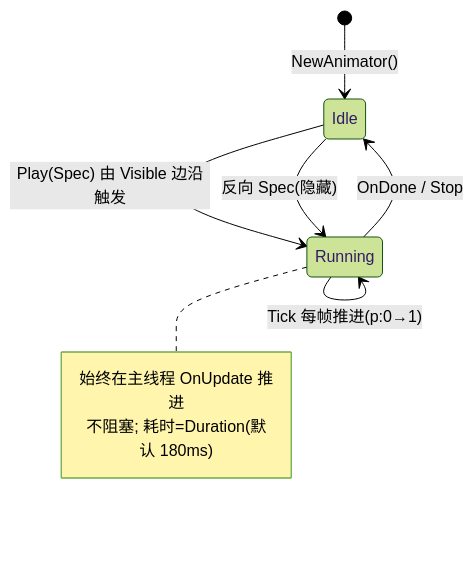
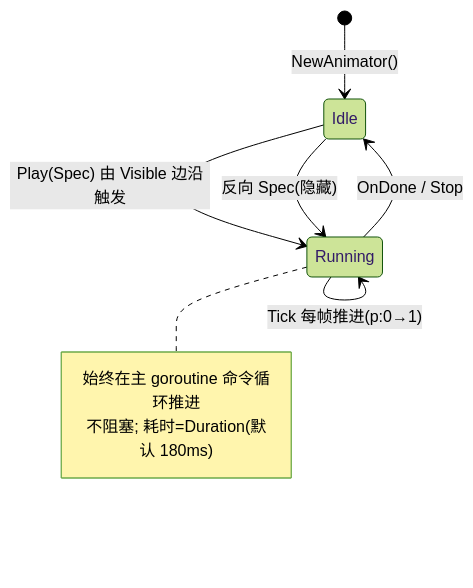
One commit to shaolei/DeskCalendar changed the fourth of 4 diagrams in docs/90-UI/Animation.md. Above: the diagram before and after it, drawn with Mermaid (forest theme). The commit also changed other lines of this file and 25 other files, not shown here.

````diff
--- a/docs/90-UI/Animation.md
+++ b/docs/90-UI/Animation.md
@@ -138,12 +138,12 @@
 ```mermaid
 stateDiagram-v2
     [*] --> Idle: NewAnimator()
     Idle --> Running: Play(Spec) 由 Visible 边沿触发
     Running --> Running: Tick 每帧推进(p:0→1)
     Running --> Idle: OnDone / Stop
     Idle --> Running: 反向 Spec(隐藏)
     note right of Running
-        始终在主线程 OnUpdate 推进
+        始终在主 goroutine 命令循环推进
         不阻塞; 耗时=Duration(默认 180ms)
     end note
 ```
````
